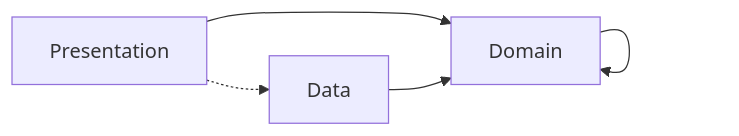
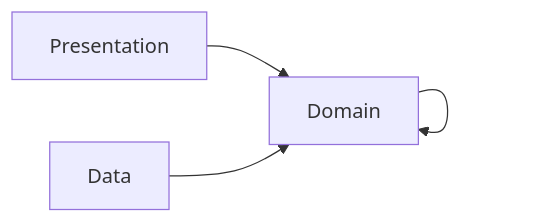
One commit to francoribarov/demo-th changed the fourth of 4 diagrams in docs/diagrams/architecture.md. Above: the diagram before and after it, drawn with Mermaid. The commit also changed other lines of this file and 31 other files, not shown here.

Commit message:
refactor: migrate rental flow to layer-first clean architecture

````diff
--- a/docs/diagrams/architecture.md
+++ b/docs/diagrams/architecture.md
@@ -48,7 +80,6 @@
 ```mermaid
 flowchart LR
   Presentation --> Domain
   Data --> Domain
   Domain --> Domain
-  Presentation -.-> Data
 ```
````
